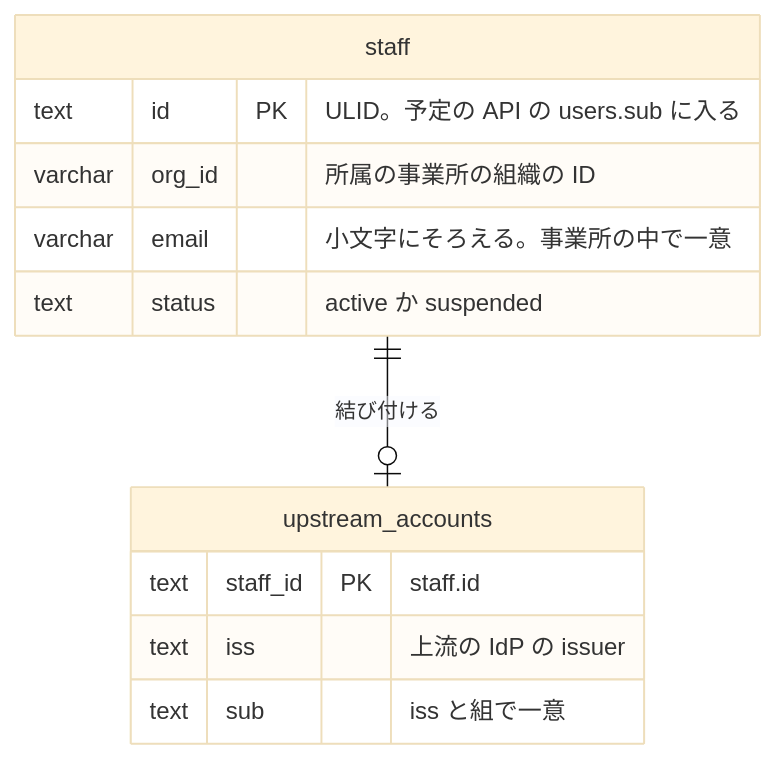
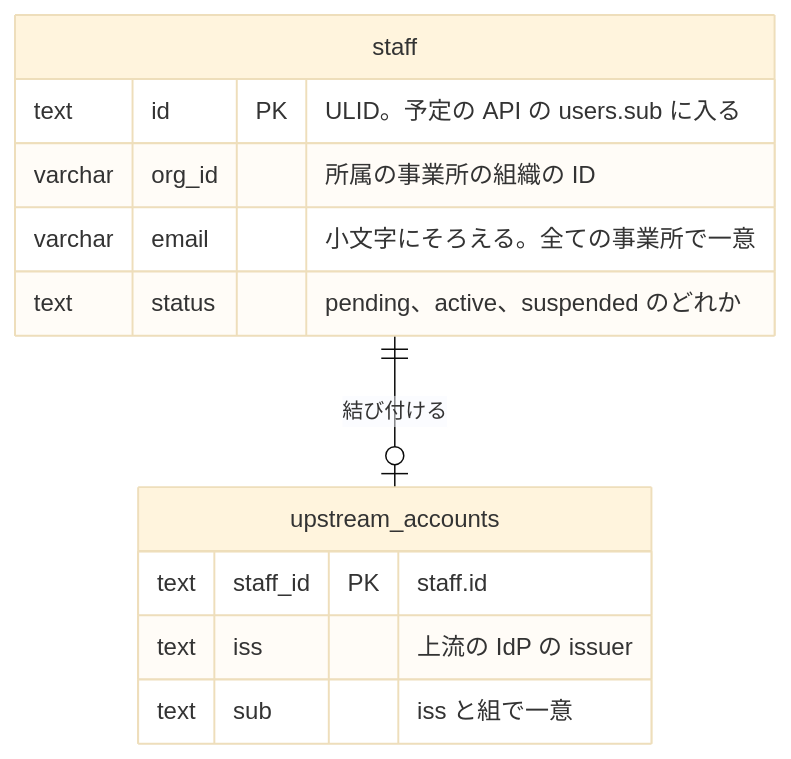
One commit to Fukuemon/buddy changed the second of 4 diagrams in services/broker/DesignDoc.md. Above: the diagram before and after it, drawn with Mermaid (base theme). The commit also changed other lines of this file and 5 other files, not shown here.

````diff
--- a/services/broker/DesignDoc.md
+++ b/services/broker/DesignDoc.md
@@ -63,15 +63,15 @@
 ```mermaid
 erDiagram
   staff ||--o| upstream_accounts : "結び付ける"
   staff {
     text id PK "ULID。予定の API の users.sub に入る"
     varchar org_id "所属の事業所の組織の ID"
-    varchar email "小文字にそろえる。事業所の中で一意"
-    text status "active か suspended"
+    varchar email "小文字にそろえる。全ての事業所で一意"
+    text status "pending、active、suspended のどれか"
   }
   upstream_accounts {
     text staff_id PK "staff.id"
     text iss "上流の IdP の issuer"
     text sub "iss と組で一意"
   }
 ```
````
